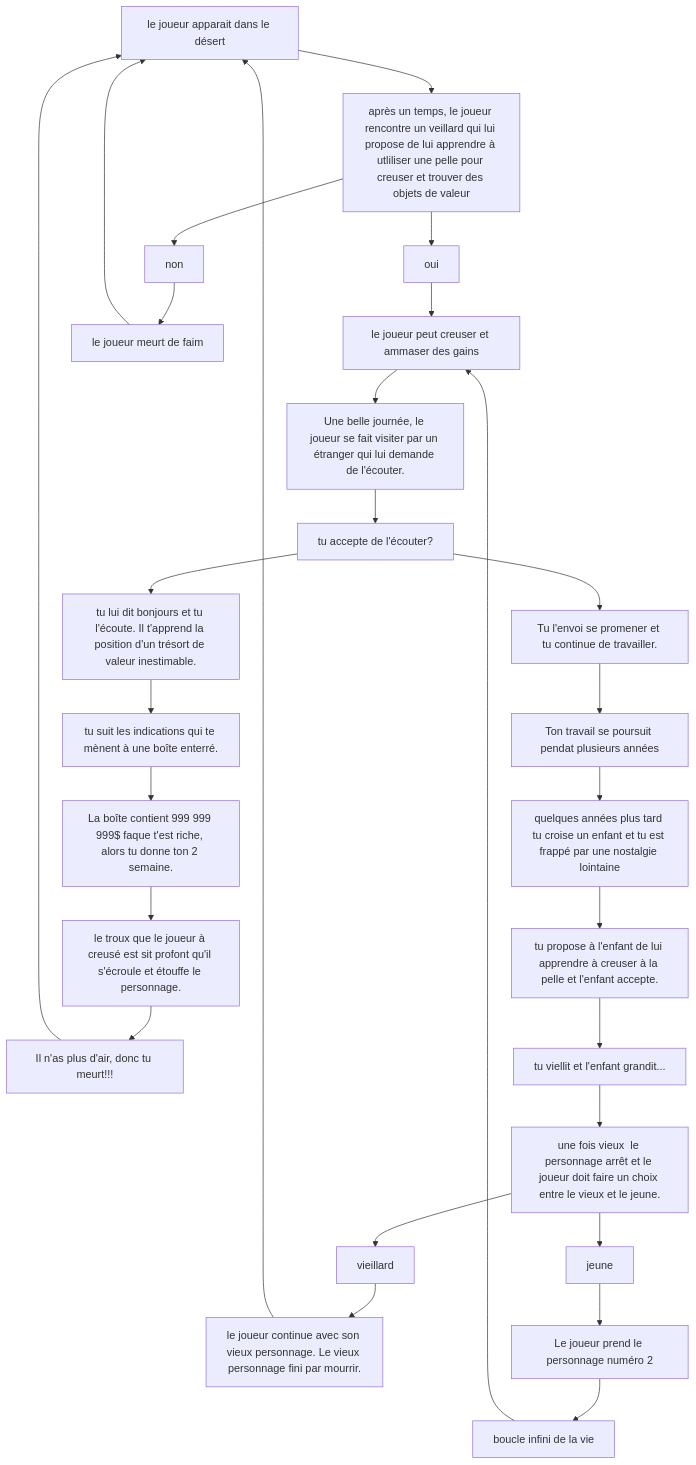
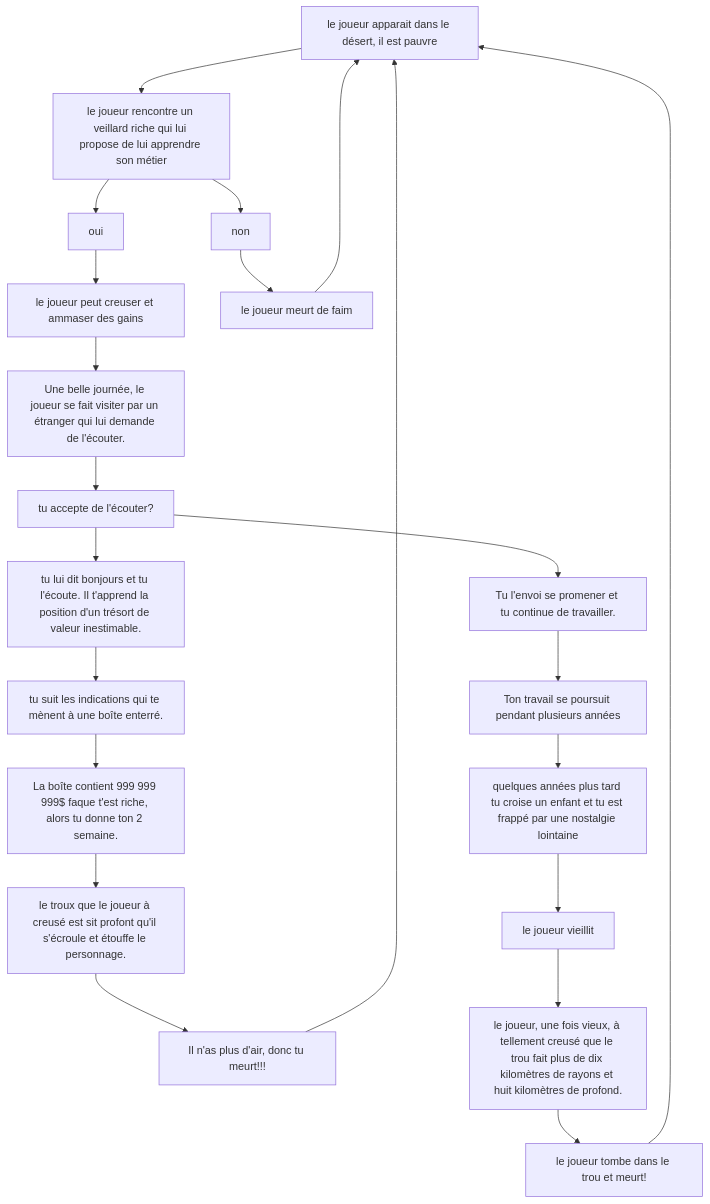
Before and after one commit to KevenMalric/E2: the diagram in README.md, drawn with Mermaid.

````diff
--- a/README.md
+++ b/README.md
@@ -18,31 +18,27 @@
 ```mermaid
 graph TD;
-    personnage[le joueur apparait dans le désert]-->apprenti?;
-    apprenti?[après un temps, le joueur rencontre un veillard qui lui propose de lui apprendre à utliliser une pelle pour creuser et trouver des objets de valeur]-->oui;
-    apprenti?[après un temps, le joueur rencontre un veillard qui lui propose de lui apprendre à utliliser une pelle pour creuser et trouver des objets de valeur]-->non;
+    personnage[le joueur apparait dans le désert, il est pauvre]-->apprenti?;
+    apprenti?[le joueur rencontre un veillard riche qui lui propose de lui apprendre son métier]-->oui;
+    apprenti?[le joueur rencontre un veillard riche qui lui propose de lui apprendre son métier]-->non;
     oui-->creuse[le joueur peut creuser et ammaser des gains];
     non-->décès[le joueur meurt de faim];
     décès-->personnage
     creuse-->visiteur[Une belle journée, le joueur se fait visiter par un étranger qui lui demande de l'écouter.];
     visiteur-->parle?[tu accepte de l'écouter?];
     parle?-->salut[tu lui dit bonjours et tu l'écoute. Il t'apprend la position d'un trésort de valeur inestimable.];
     parle?-->non2[Tu l'envoi se promener et tu continue de travailler.];
     salut-->trésort[tu suit les indications qui te mènent à une boîte enterré.];
     trésort-->argent[La boîte contient 999 999 999$ faque t'est riche, alors tu donne ton 2 semaine.];
     argent-->catastrophe[le troux que le joueur à creusé est sit profont qu'il s'écroule et étouffe le personnage.];
     catastrophe-->meurt[Il n'as plus d'air, donc tu meurt!!!];
     meurt-->personnage;
-    non2-->continue[Ton travail se poursuit pendat plusieurs années];
+    non2-->continue[Ton travail se poursuit pendant plusieurs années];
     continue-->enfant[quelques années plus tard tu croise un enfant et tu est frappé par une nostalgie lointaine];
-    enfant-->tutel[tu propose à l'enfant de lui apprendre à creuser à la pelle et l'enfant accepte.];
-    tutel-->vieux[tu viellit et l'enfant grandit...];
-    vieux-->choix[une fois vieux  le personnage arrêt et le joueur doit faire un choix entre le vieux et le jeune.]
-    choix-->vieillard;
-    choix-->jeune;
-    vieillard-->mort[le joueur continue avec son vieux personnage. Le vieux personnage fini par mourrir.];
+    enfant-->vieux[le joueur vieillit]
+    vieux-->trou[le joueur, une fois vieux, à tellement creusé que le trou fait plus de dix kilomètres de rayons et huit kilomètres de profond.];
+    trou-->mort[le joueur tombe dans le trou et meurt!]
     mort-->personnage;
-    jeune-->personnage2[Le joueur prend le personnage numéro 2];
-    personnage2-->loop[boucle infini de la vie]-->creuse;
+    
     
 
 ```
````
